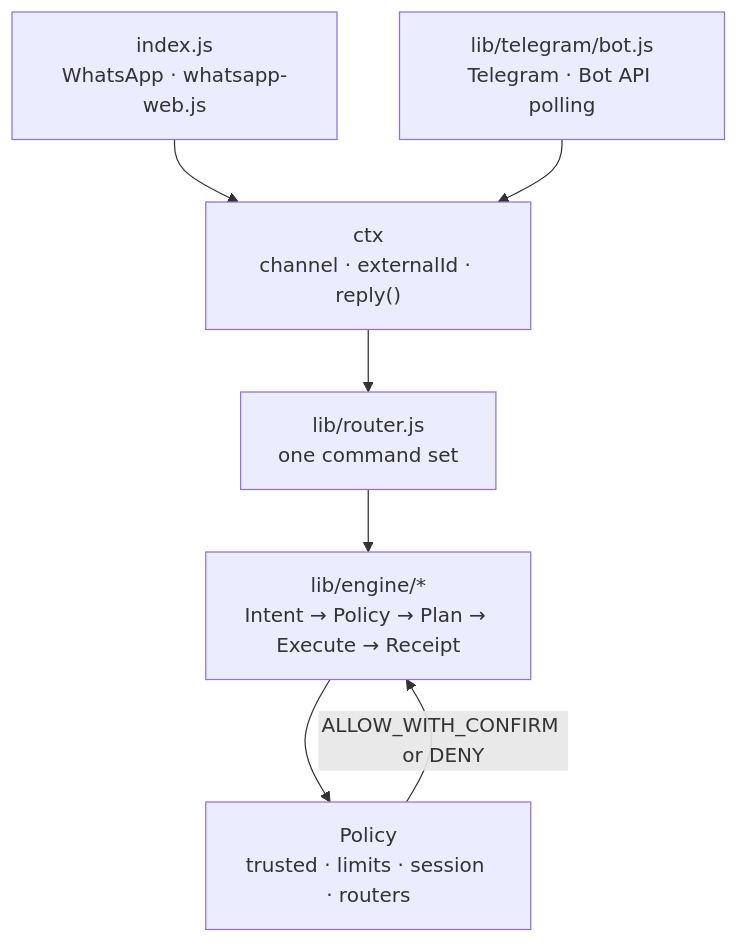
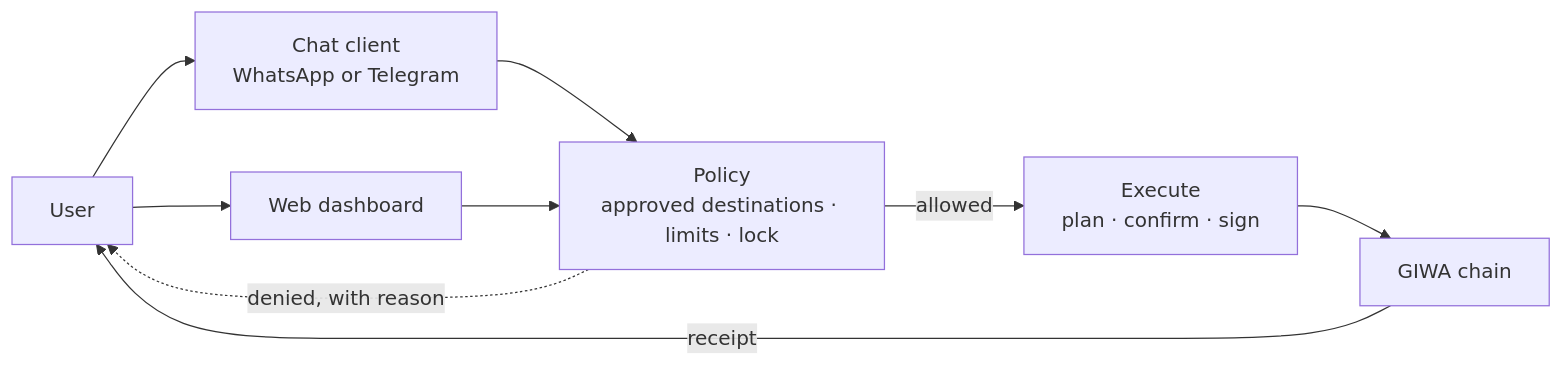
One commit to rudazy/flizy changed the first of 3 diagrams in README.md. Above: the diagram before and after it, drawn with Mermaid. The commit also changed other lines of this file and 6 other files, not shown here.

````diff
--- a/README.md
+++ b/README.md
@@ -155,16 +146,18 @@
 ```mermaid
-flowchart TB
-  WA["index.js<br/>WhatsApp · whatsapp-web.js"]
-  TG["lib/telegram/bot.js<br/>Telegram · Bot API polling"]
-  CTX["ctx<br/>channel · externalId · reply()"]
-  R["lib/router.js<br/>one command set"]
-  ENG["lib/engine/*<br/>Intent → Policy → Plan → Execute → Receipt"]
-  POL["Policy<br/>trusted · limits · session · routers"]
+flowchart LR
+  U["User"]
+  C["Chat client<br/>WhatsApp or Telegram"]
+  W["Web dashboard"]
+  P["Policy<br/>approved destinations · limits · lock"]
+  E["Execute<br/>plan · confirm · sign"]
+  CH["GIWA chain"]
 
-  WA --> CTX
-  TG --> CTX
-  CTX --> R
-  R --> ENG
-  ENG --> POL
-  POL -->|ALLOW_WITH_CONFIRM or DENY| ENG
+  U --> C
+  U --> W
+  C --> P
+  W --> P
+  P -->|allowed| E
+  P -.->|denied, with reason| U
+  E --> CH
+  CH -->|receipt| U
 ```
````
